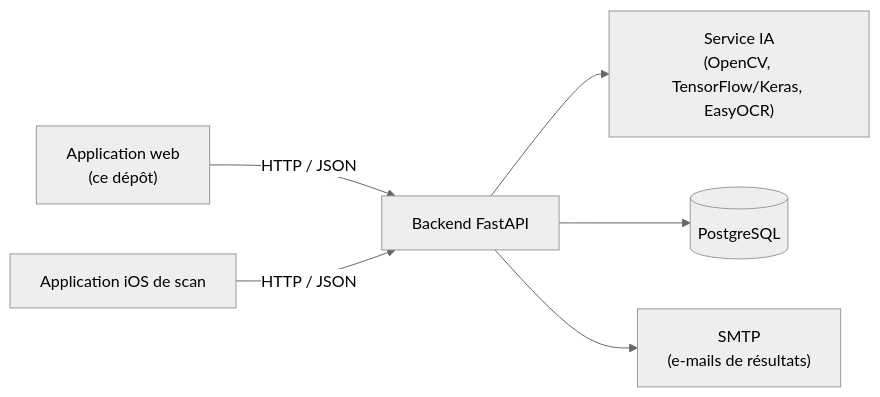
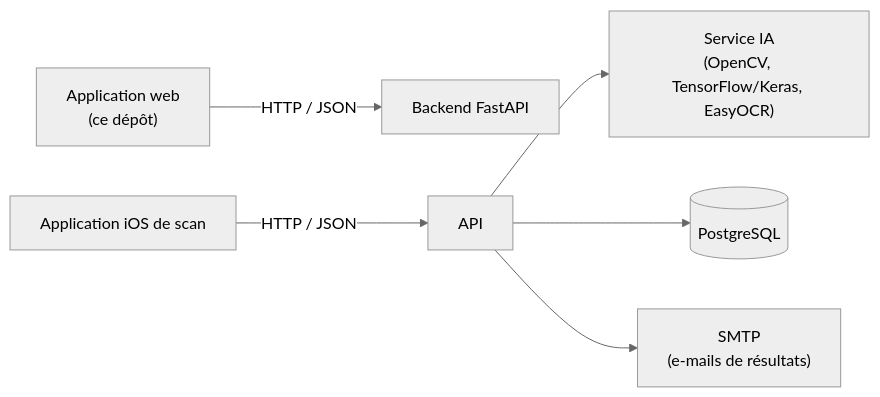
Before and after one commit to Xerow42/qcm-corrector-web: the diagram in README.fr.md, drawn with Mermaid (neutral theme). The commit also changed other lines of this file and 3 other files, not shown here.

````diff
--- a/README.fr.md
+++ b/README.fr.md
@@ -20,8 +17,8 @@
 ```mermaid
 flowchart LR
-    Web["Application web<br/>(ce dépôt)"] -- "HTTP / JSON" --> API["Backend FastAPI"]
-    iOS["Application iOS de scan"] -- "HTTP / JSON" --> API
-    API --> AI["Service IA<br/>(OpenCV, TensorFlow/Keras, EasyOCR)"]
-    API --> DB[("PostgreSQL")]
-    API --> Mail["SMTP<br/>(e-mails de résultats)"]
+    Web\["Application web<br/>(ce dépôt)"] -- "HTTP / JSON" --> API\["Backend FastAPI"]
+    iOS\["Application iOS de scan"] -- "HTTP / JSON" --> API
+    API --> AI\["Service IA<br/>(OpenCV, TensorFlow/Keras, EasyOCR)"]
+    API --> DB\[("PostgreSQL")]
+    API --> Mail\["SMTP<br/>(e-mails de résultats)"]
 ```
````
